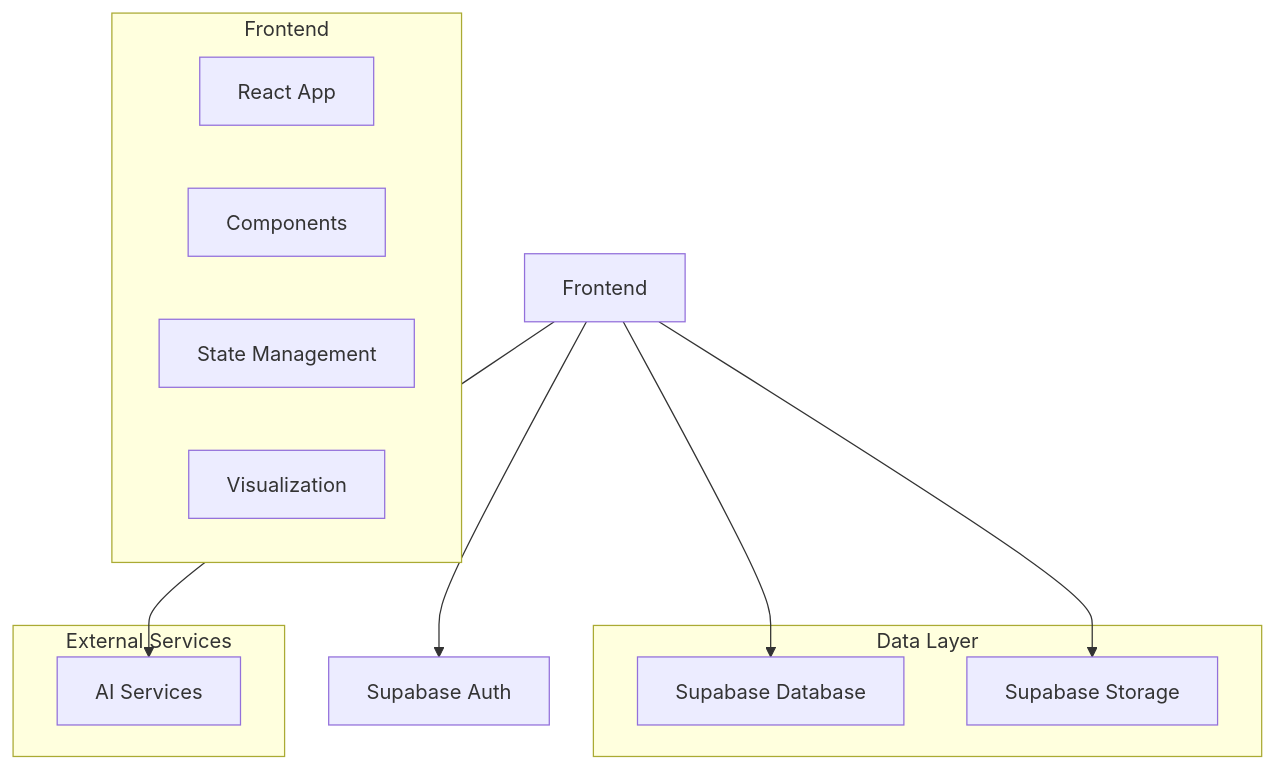
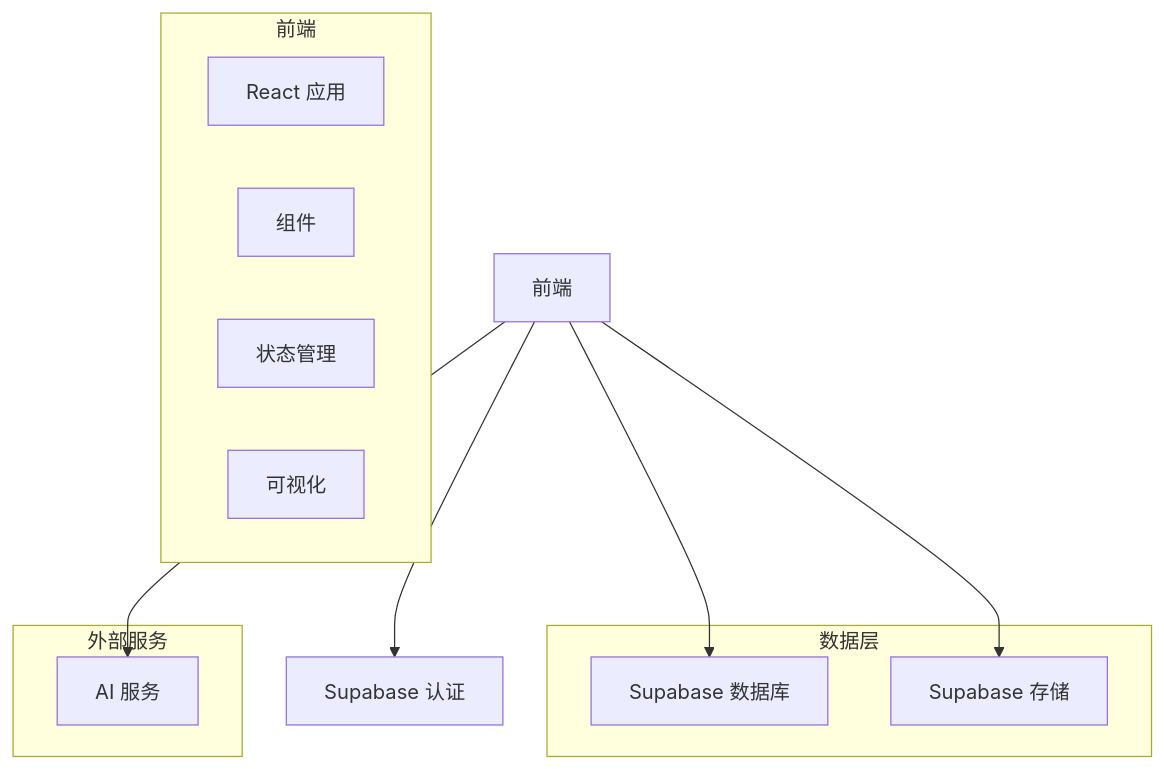
The first of 2 diagrams in GrowthOS_Technical_Architecture.md (Thy985/GrowthOS), drawn with Mermaid before and after one commit. The commit also changed other lines of this file and 13834 other files, not shown here.

````diff
--- a/GrowthOS_Technical_Architecture.md
+++ b/GrowthOS_Technical_Architecture.md
@@ -2,23 +2,23 @@
 ```mermaid
 flowchart TD
-    A[Frontend] --> B[Supabase Auth]
-    A --> C[Supabase Database]
-    A --> D[Supabase Storage]
-    A --> E[AI Services]
+    A[前端] --> B[Supabase 认证]
+    A --> C[Supabase 数据库]
+    A --> D[Supabase 存储]
+    A --> E[AI 服务]
     
-    subgraph Frontend
-        F[React App]
-        G[Components]
-        H[State Management]
-        I[Visualization]
+    subgraph 前端
+        F[React 应用]
+        G[组件]
+        H[状态管理]
+        I[可视化]
     end
     
-    subgraph Data Layer
+    subgraph 数据层
         C
         D
     end
     
-    subgraph External Services
+    subgraph 外部服务
         E
     end
 ```
````
